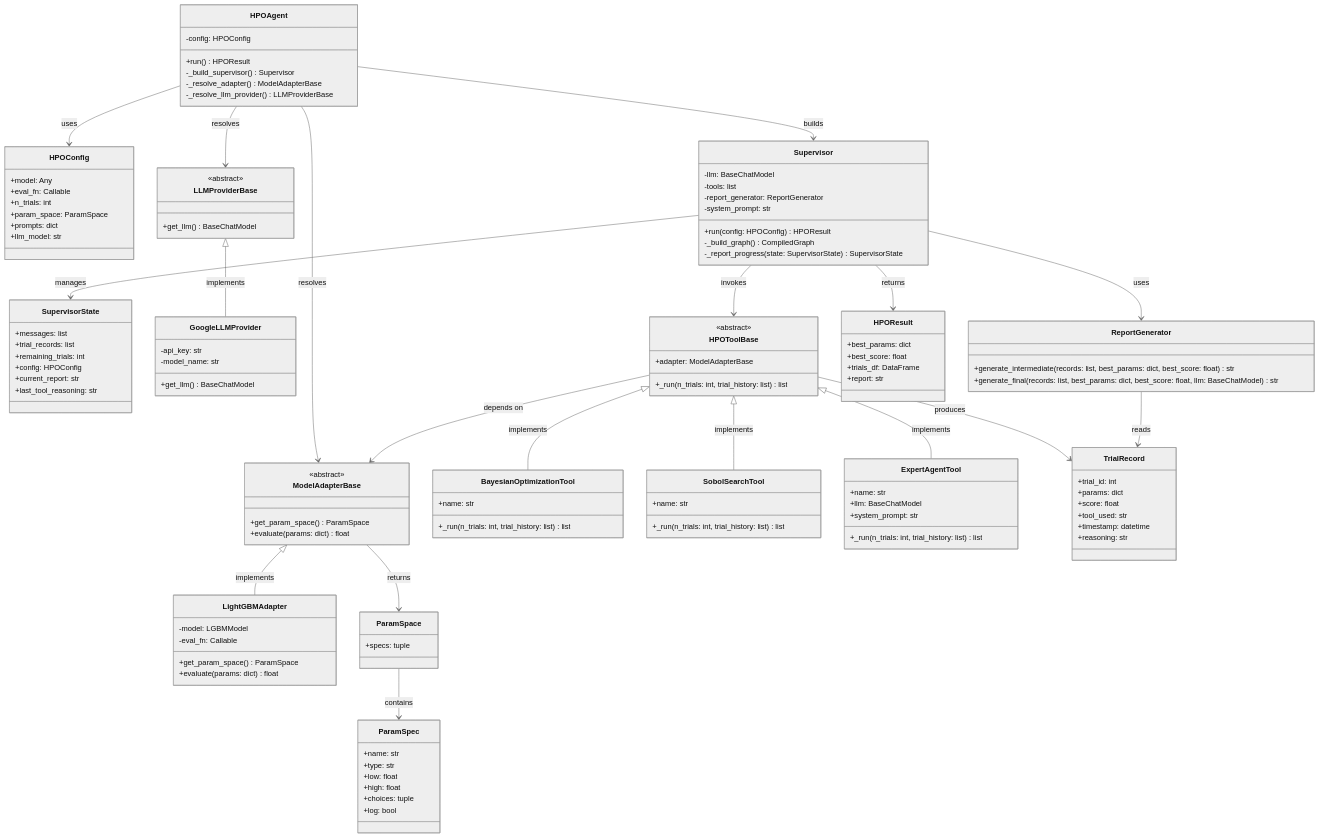
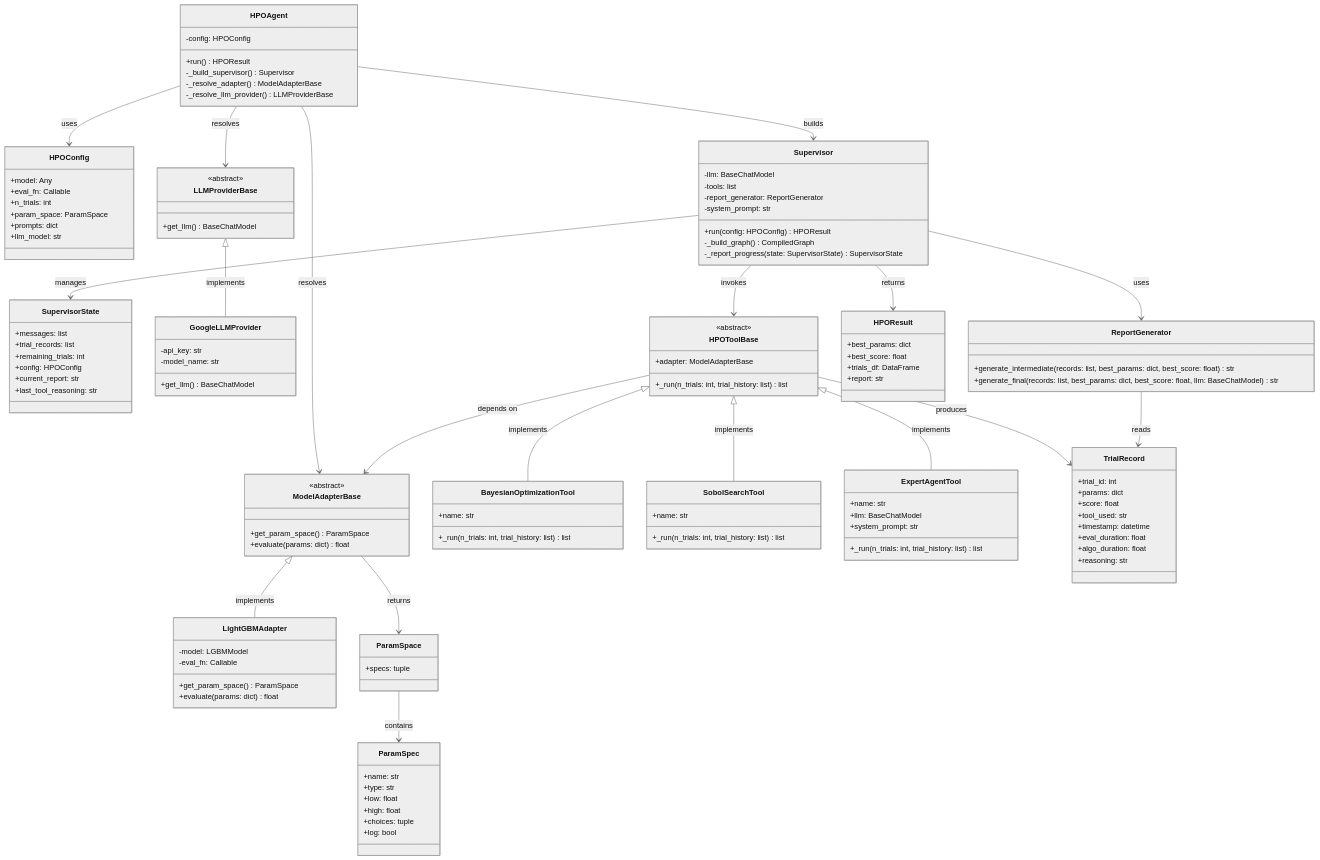
Before and after one commit to usha-takeshige/HPO-Agent: the third of 3 diagrams in doc/impl_design.md, drawn with Mermaid (neutral theme). The commit also changed other lines of this file and 1 other file, not shown here.

```diff
--- a/doc/impl_design.md
+++ b/doc/impl_design.md
@@ -658,6 +661,8 @@
         +score: float
         +tool_used: str
         +timestamp: datetime
+        +eval_duration: float
+        +algo_duration: float
         +reasoning: str
     }
 
```
